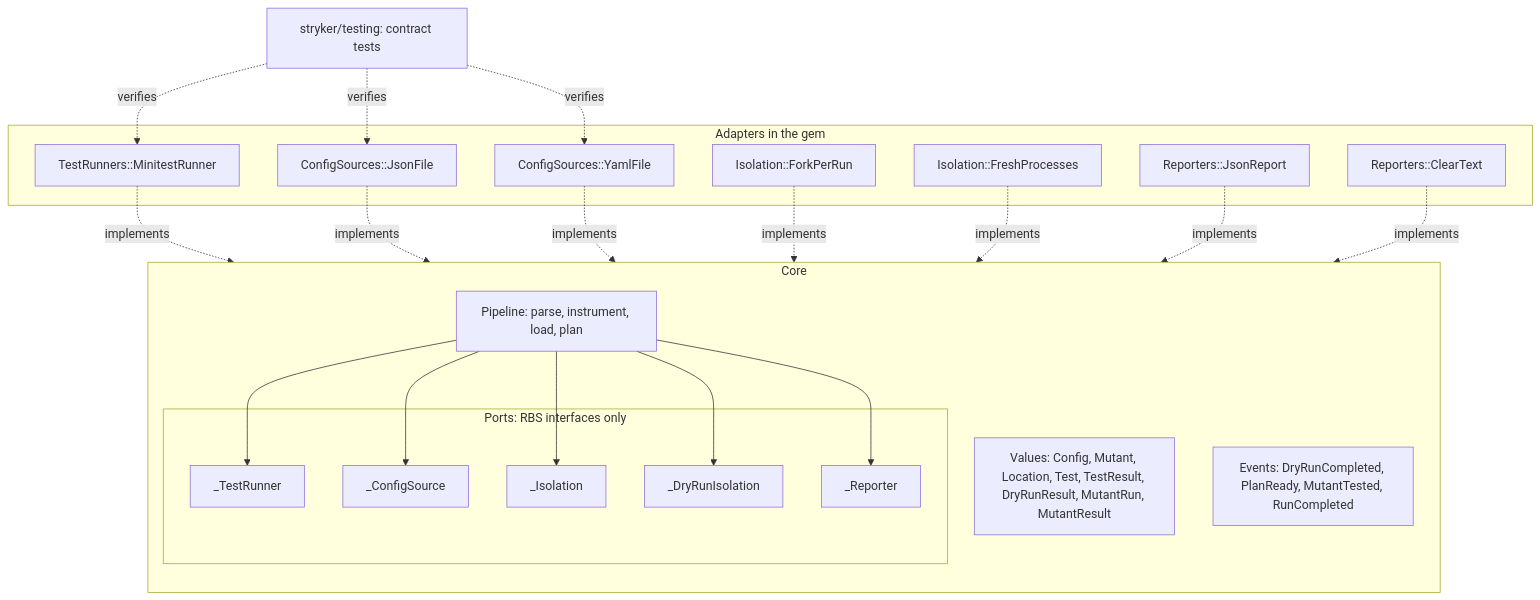
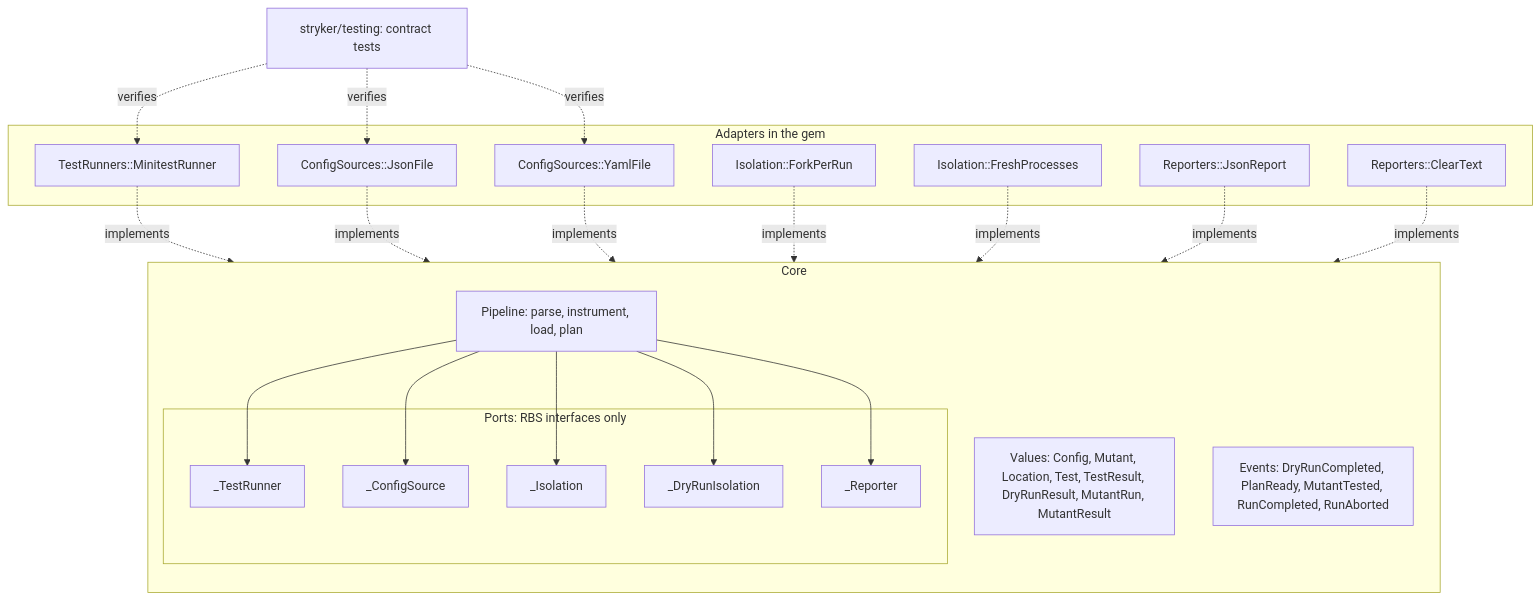
One commit to setdef/stryker_for_ruby changed the third of 3 diagrams in docs/contributors/design/architecture.md. Above: the diagram before and after it, drawn with Mermaid. The commit also changed other lines of this file and 19 other files, not shown here.

````diff
--- a/docs/contributors/design/architecture.md
+++ b/docs/contributors/design/architecture.md
@@ -62,32 +62,32 @@
 ```mermaid
 flowchart TB
   subgraph core["Core"]
     direction TB
     PIPE["Pipeline: parse, instrument, load, plan"]
     VAL["Values: Config, Mutant, Location, Test, TestResult, DryRunResult, MutantRun, MutantResult"]
-    EVT["Events: DryRunCompleted, PlanReady, MutantTested, RunCompleted"]
+    EVT["Events: DryRunCompleted, PlanReady, MutantTested, RunCompleted, RunAborted"]
     subgraph ports["Ports: RBS interfaces only"]
       TR["_TestRunner"]
       ISO["_Isolation"]
       DRI["_DryRunIsolation"]
       REPP["_Reporter"]
       CS["_ConfigSource"]
     end
   end
   subgraph adapters["Adapters in the gem"]
     MT["TestRunners::MinitestRunner"]
     JC["ConfigSources::JsonFile"]
     YC["ConfigSources::YamlFile"]
     FP["Isolation::ForkPerRun"]
     FR["Isolation::FreshProcesses"]
     JR["Reporters::JsonReport"]
     CX["Reporters::ClearText"]
   end
   CT["stryker/testing: contract tests"]
   PIPE --> TR & CS & ISO & DRI & REPP
   MT -. implements .-> TR
   JC & YC -. implements .-> CS
   FP & FR -. implements .-> DRI
   JR & CX -. implements .-> REPP
   CT -. verifies .-> MT & JC & YC
 ```
````
